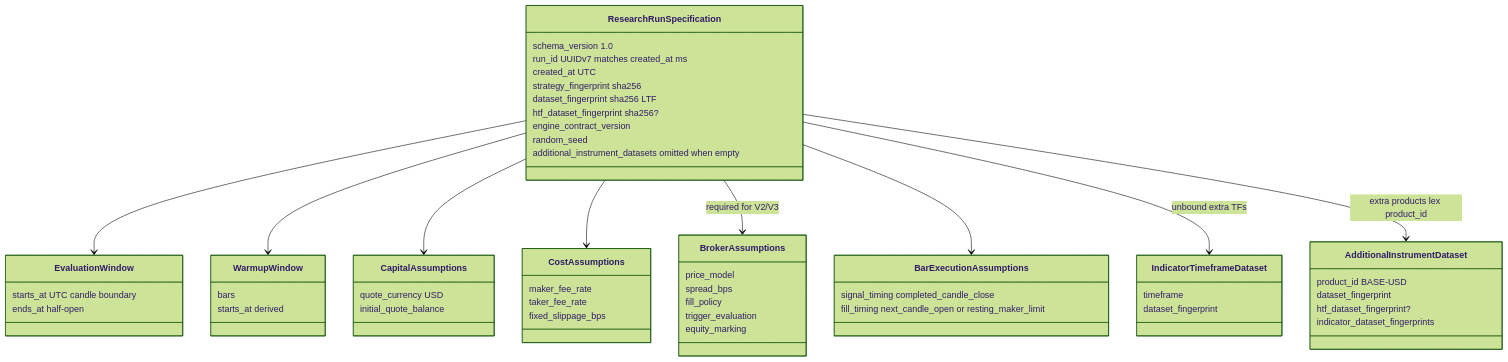
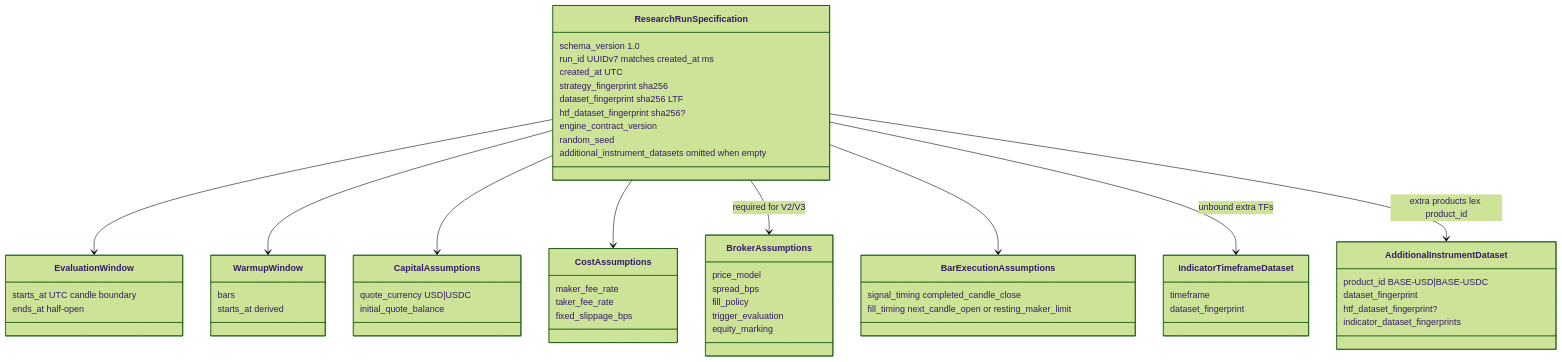
The first of 2 diagrams in docs/architecture/contracts/research-run.md (Zoltesh/thytrader), drawn with Mermaid (forest theme) before and after one commit. The commit also changed 49 other files, not shown here.

First line of the commit message:
feat(products): USDC spot quote markets (ops v29 / Alembic 0042)

````diff
--- a/docs/architecture/contracts/research-run.md
+++ b/docs/architecture/contracts/research-run.md
@@ -11,60 +11,60 @@
 ```mermaid
 classDiagram
   class ResearchRunSpecification {
     schema_version 1.0
     run_id UUIDv7 matches created_at ms
     created_at UTC
     strategy_fingerprint sha256
     dataset_fingerprint sha256 LTF
     htf_dataset_fingerprint sha256?
     engine_contract_version
     random_seed
     additional_instrument_datasets omitted when empty
   }
   class EvaluationWindow {
     starts_at UTC candle boundary
     ends_at half-open
   }
   class WarmupWindow {
     bars
     starts_at derived
   }
   class CapitalAssumptions {
-    quote_currency USD
+    quote_currency USD|USDC
     initial_quote_balance
   }
   class CostAssumptions {
     maker_fee_rate
     taker_fee_rate
     fixed_slippage_bps
   }
   class BrokerAssumptions {
     price_model
     spread_bps
     fill_policy
     trigger_evaluation
     equity_marking
   }
   class BarExecutionAssumptions {
     signal_timing completed_candle_close
     fill_timing next_candle_open or resting_maker_limit
   }
   class IndicatorTimeframeDataset {
     timeframe
     dataset_fingerprint
   }
   class AdditionalInstrumentDataset {
-    product_id BASE-USD
+    product_id BASE-USD|BASE-USDC
     dataset_fingerprint
     htf_dataset_fingerprint?
     indicator_dataset_fingerprints
   }
   ResearchRunSpecification --> EvaluationWindow
   ResearchRunSpecification --> WarmupWindow
   ResearchRunSpecification --> CapitalAssumptions
   ResearchRunSpecification --> CostAssumptions
   ResearchRunSpecification --> BrokerAssumptions : required for V2/V3
   ResearchRunSpecification --> BarExecutionAssumptions
   ResearchRunSpecification --> IndicatorTimeframeDataset : unbound extra TFs
   ResearchRunSpecification --> AdditionalInstrumentDataset : extra products lex product_id
 ```
````
